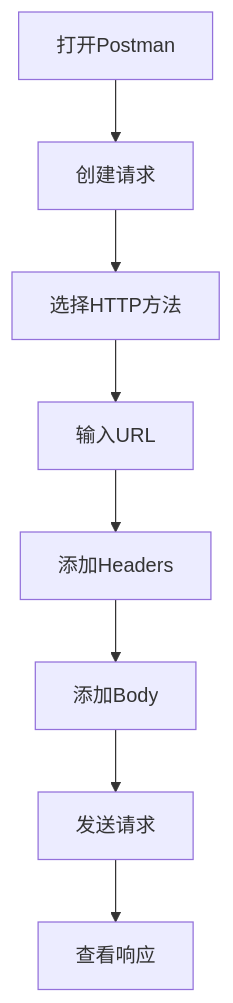
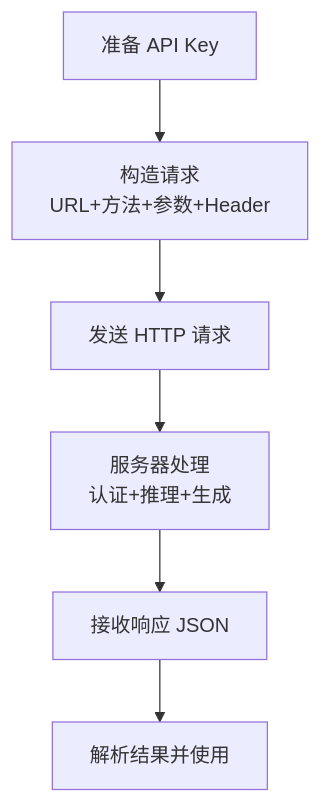
One commit to yulingfeng-rgb/obsidianDocuments changed the third of 3 diagrams in 30-Resources/AI概念/03_API.md. Above: the diagram before and after it, drawn with Mermaid. The commit also changed other lines of this file and 188 other files, not shown here.

````diff
--- a/30-Resources/AI概念/03_API.md
+++ b/30-Resources/AI概念/03_API.md
@@ -286,10 +148,8 @@
 ```mermaid
 graph TD
-    A[打开Postman] --> B[创建请求]
-    B --> C[选择HTTP方法]
-    C --> D[输入URL]
-    D --> E[添加Headers]
-    E --> F[添加Body]
-    F --> G[发送请求]
-    G --> H[查看响应]
+    A[准备 API Key] --> B[构造请求<br/>URL+方法+参数+Header]
+    B --> C[发送 HTTP 请求]
+    C --> D[服务器处理<br/>认证+推理+生成]
+    D --> E[接收响应 JSON]
+    E --> F[解析结果并使用]
 ```
````
